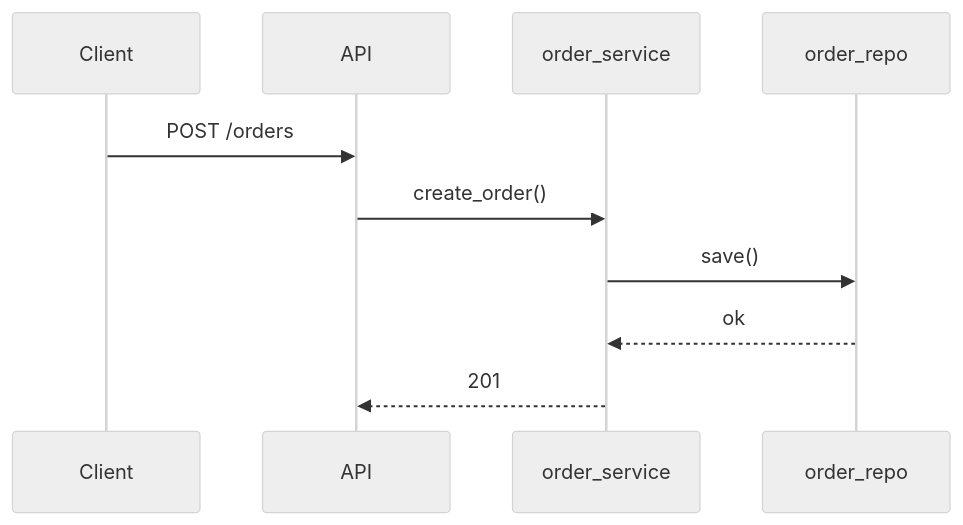
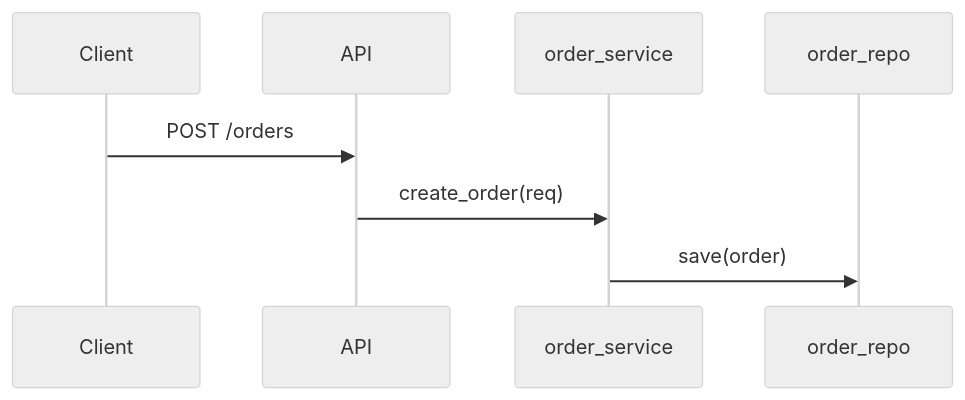
One commit to ironbob/DesignSKills changed the third of 3 diagrams in skills/arch-overview/examples/2026-07-10-example-overview.md. Above: the diagram before and after it, drawn with Mermaid (neutral theme). The commit also changed other lines of this file and 10 other files, not shown here.

Commit message:
fix(arch-overview): generate Mermaid from structured diagrams

````diff
--- a/skills/arch-overview/examples/2026-07-10-example-overview.md
+++ b/skills/arch-overview/examples/2026-07-10-example-overview.md
@@ -78,12 +85,10 @@
 ```mermaid
 sequenceDiagram
   participant C as Client
   participant A as API
   participant S as order_service
   participant R as order_repo
   C->>A: POST /orders
-  A->>S: create_order()
-  S->>R: save()
-  R-->>S: ok
-  S-->>A: 201
+  A->>S: create_order(req)
+  S->>R: save(order)
 ```
````
